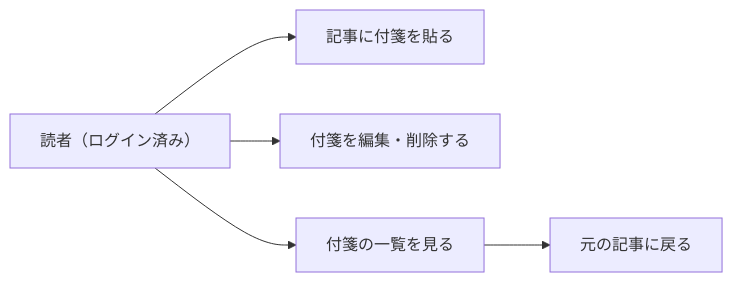
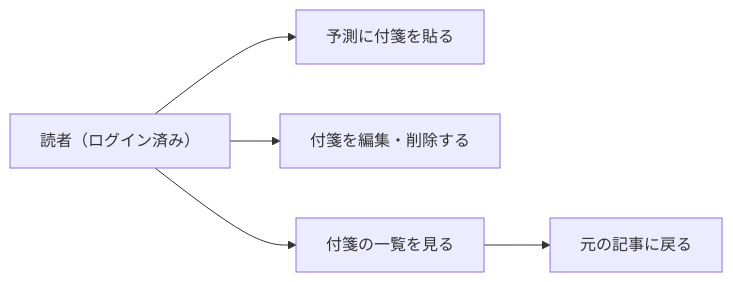
One commit to zakiyama0108/benriyatool changed the diagram in specs/future-digest/bookmark/requirements.md. Above: the diagram before and after it, drawn with Mermaid. The commit also changed other lines of this file and 9 other files, not shown here.

````diff
--- a/specs/future-digest/bookmark/requirements.md
+++ b/specs/future-digest/bookmark/requirements.md
@@ -20,13 +20,13 @@
 ```mermaid
 flowchart LR
     reader["読者（ログイン済み）"]
-    addBookmark["記事に付箋を貼る"]
+    addBookmark["予測に付箋を貼る"]
     editBookmark["付箋を編集・削除する"]
     viewList["付箋の一覧を見る"]
     backToArticle["元の記事に戻る"]
 
     reader --> addBookmark
     reader --> editBookmark
     reader --> viewList
     viewList --> backToArticle
 ```
````
